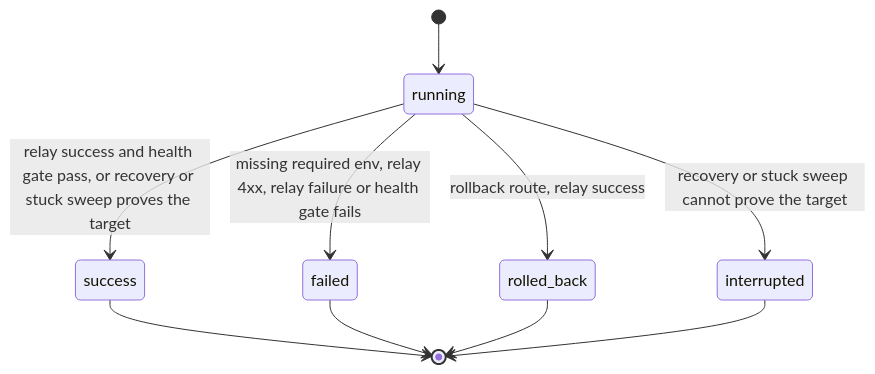
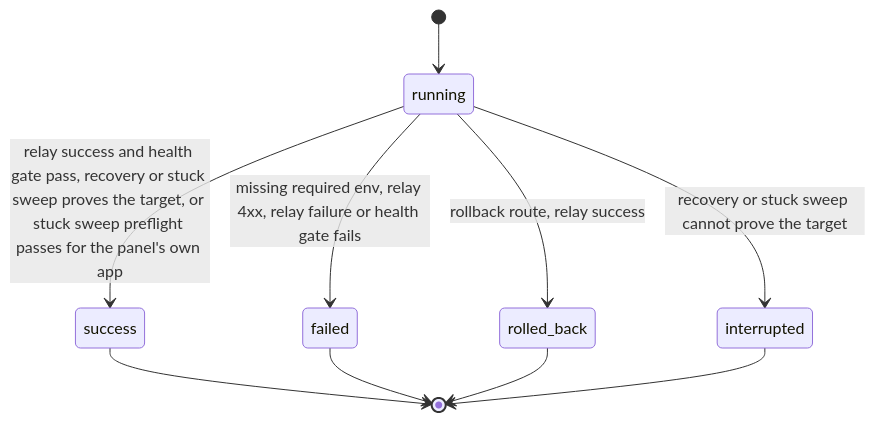
Before and after one commit to LanNguyenSi/deploy-panel: the second of 2 diagrams in docs/architecture.md, drawn with Mermaid. The commit also changed other lines of this file and 4 other files, not shown here.

First line of the commit message:
docs: tighten deploy outcome, diagram and SSE request wording

````diff
--- a/docs/architecture.md
+++ b/docs/architecture.md
@@ -82,12 +86,12 @@
 ```mermaid
 stateDiagram-v2
   [*] --> running
   running --> failed: missing required env, relay 4xx, relay failure or health gate fails
-  running --> success: relay success and health gate pass, or recovery or stuck sweep proves the target
+  running --> success: relay success and health gate pass, recovery or stuck sweep proves the target, or stuck sweep preflight passes for the panel's own app
   running --> rolled_back: rollback route, relay success
   running --> interrupted: recovery or stuck sweep cannot prove the target
   success --> [*]
   failed --> [*]
   rolled_back --> [*]
   interrupted --> [*]
 ```
````
